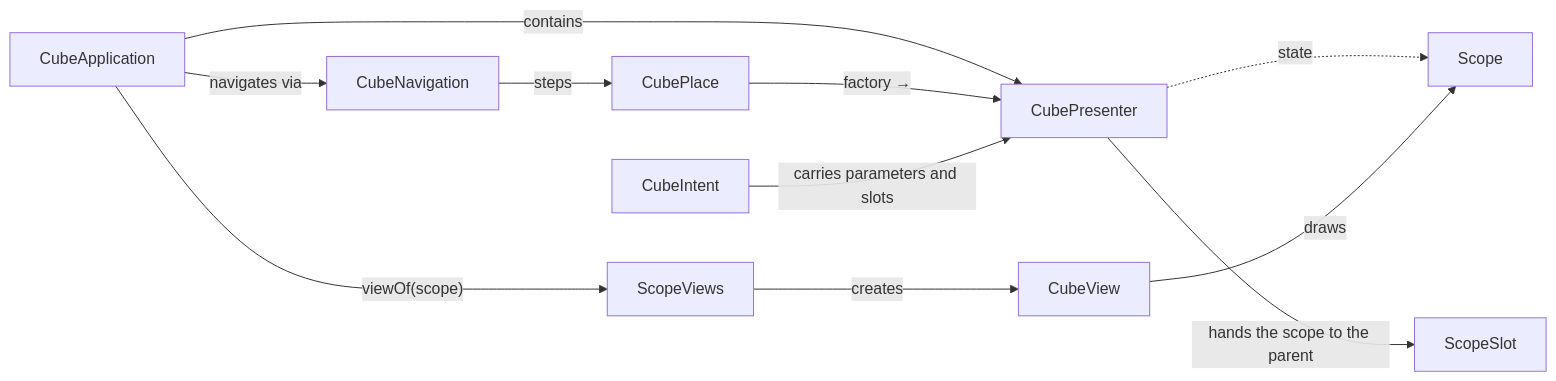
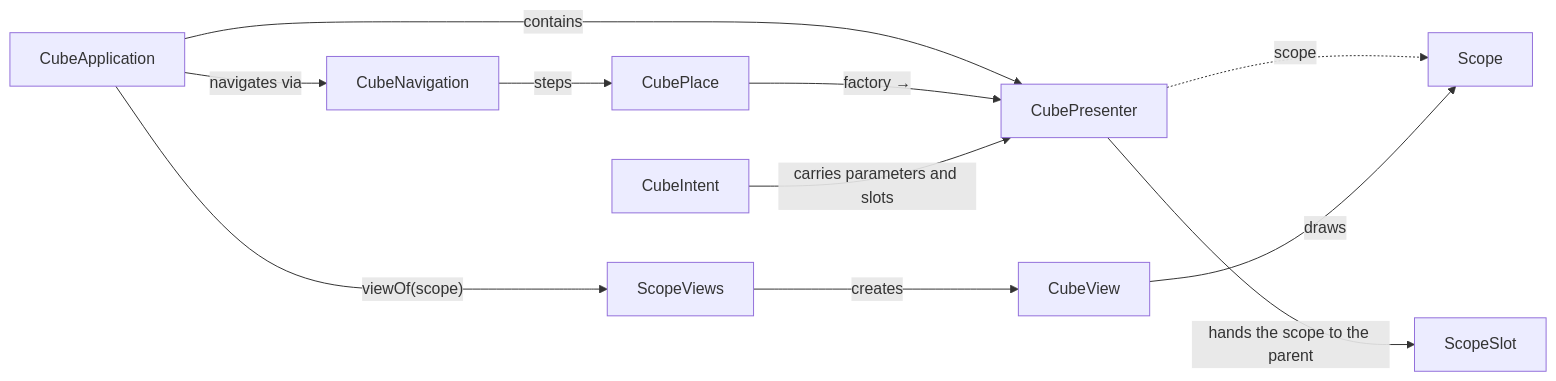
One commit to mrcdom/wdc-cube-java-v2 changed the diagram in fontes/br.com.wdc.framework/br.com.wdc.framework.cube/README.md. Above: the diagram before and after it, drawn with Mermaid. The commit also changed other lines of this file and 222 other files, not shown here.

First line of the commit message:
♻️ [REFACTOR] ViewState becomes Scope in code, protocol and docs

````diff
--- a/fontes/br.com.wdc.framework/br.com.wdc.framework.cube/README.md
+++ b/fontes/br.com.wdc.framework/br.com.wdc.framework.cube/README.md
@@ -9,23 +9,23 @@
 ```mermaid
 graph LR
     App["CubeApplication"]
     Nav["CubeNavigation"]
     Place["CubePlace"]
     Intent["CubeIntent"]
     Pres["CubePresenter"]
     View["CubeView"]
     Slot["ScopeSlot"]
-    State["Scope"]
+    Scope["Scope"]
     Views["ScopeViews"]
 
     App -->|"contains"| Pres
     App -->|"navigates via"| Nav
     Nav -->|"steps"| Place
     Place -->|"factory →"| Pres
-    Pres -.->|"state"| State
+    Pres -.->|"scope"| Scope
     Pres -->|"hands the scope to the parent"| Slot
     Intent -->|"carries parameters and slots"| Pres
     App -->|"viewOf(scope)"| Views
     Views -->|"creates"| View
-    View -->|"draws"| State
+    View -->|"draws"| Scope
 ```
````
